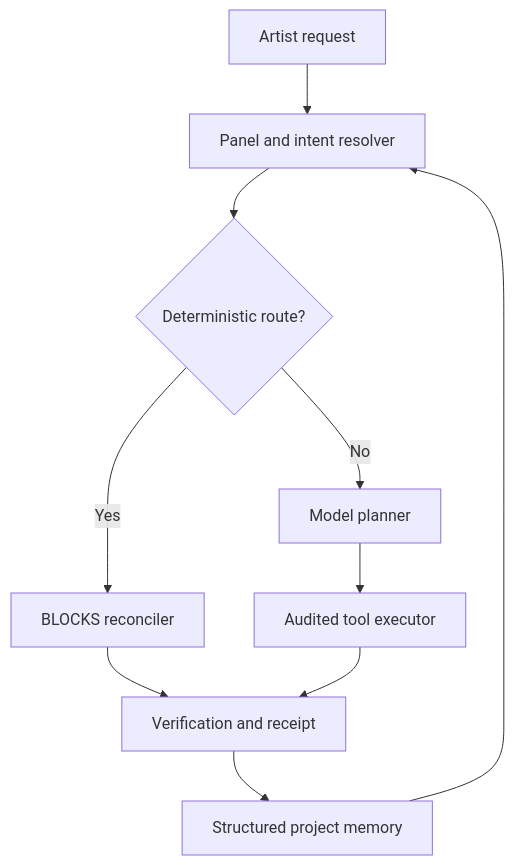
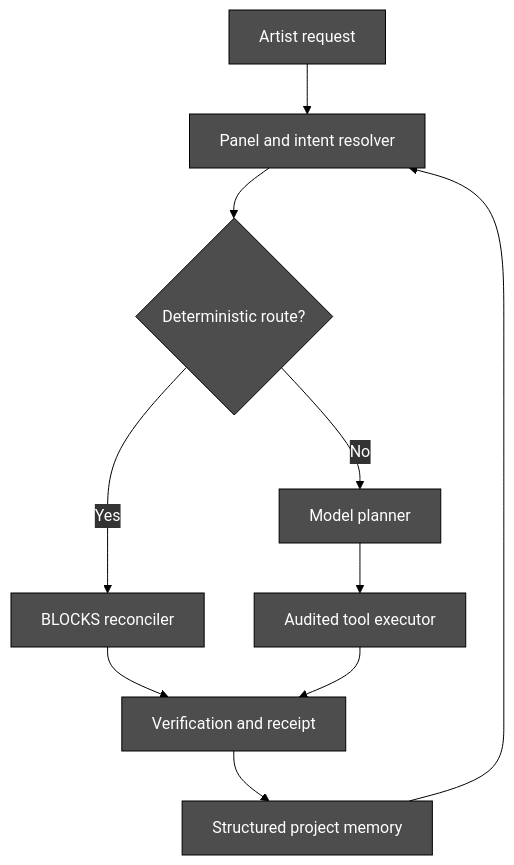
The diagram in docs/SYNAPSE_NEXT_SYSTEM_BLUEPRINT.md (JosephOIbrahim/Synapse), drawn with Mermaid before and after one commit. The commit also changed 2 other files, not shown here.

Commit message:
docs: unify all mermaid diagrams to brand palette - grey fills, black borders, white type (cosmetic only; no content changes to ratified blueprint)

````diff
--- a/docs/SYNAPSE_NEXT_SYSTEM_BLUEPRINT.md
+++ b/docs/SYNAPSE_NEXT_SYSTEM_BLUEPRINT.md
@@ -116,12 +116,13 @@
 ```mermaid
+%%{init: {'theme':'base','themeVariables':{'primaryColor':'#4d4d4d','primaryTextColor':'#FFFFFF','primaryBorderColor':'#000000','lineColor':'#000000','textColor':'#FFFFFF','secondaryColor':'#404040','tertiaryColor':'#333333','clusterBkg':'#333333','clusterBorder':'#000000','edgeLabelBackground':'#333333','nodeTextColor':'#FFFFFF'}}}%%
 flowchart TD
     A["Artist request"] --> P["Panel and intent resolver"]
     P --> R{"Deterministic route?"}
     R -->|Yes| B["BLOCKS reconciler"]
     R -->|No| C["Model planner"]
     C --> E["Audited tool executor"]
     B --> V["Verification and receipt"]
     E --> V
     V --> M["Structured project memory"]
     M --> P
 ```
````
